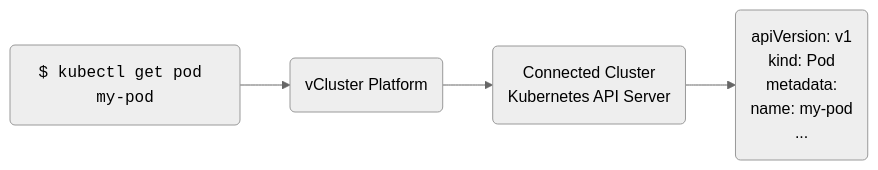
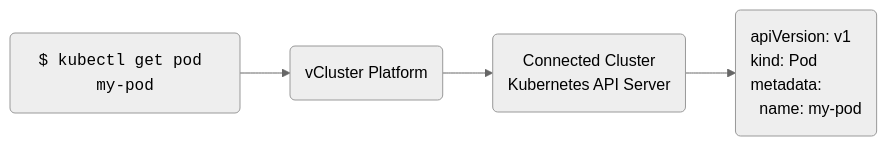
Before and after one commit to loft-sh/vcluster-docs: the diagram in platform/_partials/sleep/activity-detection.mdx, drawn with Mermaid (neutral theme). The commit also changed other lines of this file and 10 other files, not shown here.

````diff
--- a/platform/_partials/sleep/activity-detection.mdx
+++ b/platform/_partials/sleep/activity-detection.mdx
@@ -21,13 +19,9 @@
 ```mermaid
 flowchart LR;
   kubectl("<code>$ kubectl get pod my-pod</code>") --> Platform
 
   Platform("vCluster Platform")
 
   Platform --> Cluster("Connected Cluster <br/> Kubernetes API Server")
-  Cluster --> Pod("apiVersion: v1<br/>kind: Pod<br/>metadata:<br/>  name: my-pod<br/>...")
-
-  class kubectl code
-  class Pod yaml
-  class Platform platform
+  Cluster --> Pod("<div style='text-align:left; margin:0px;'>apiVersion:&nbsp;v1<br/>kind: Pod<br/>metadata:<br/>&nbsp;&nbsp;name: my-pod<br/></div>")
 ```
````
